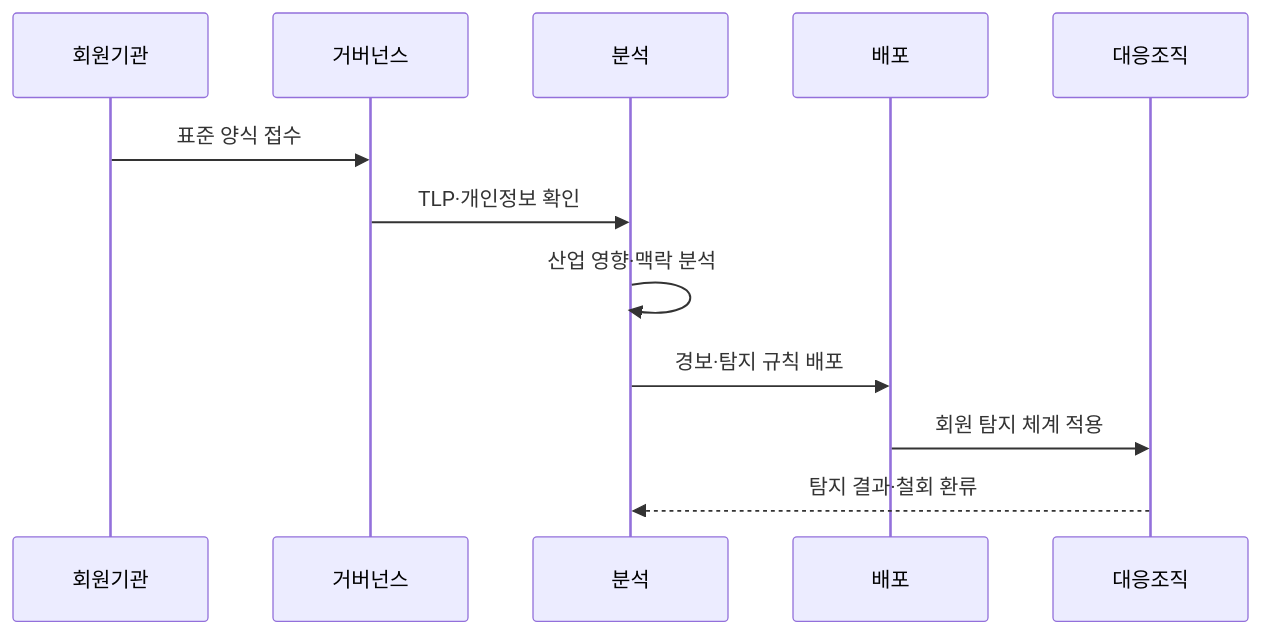
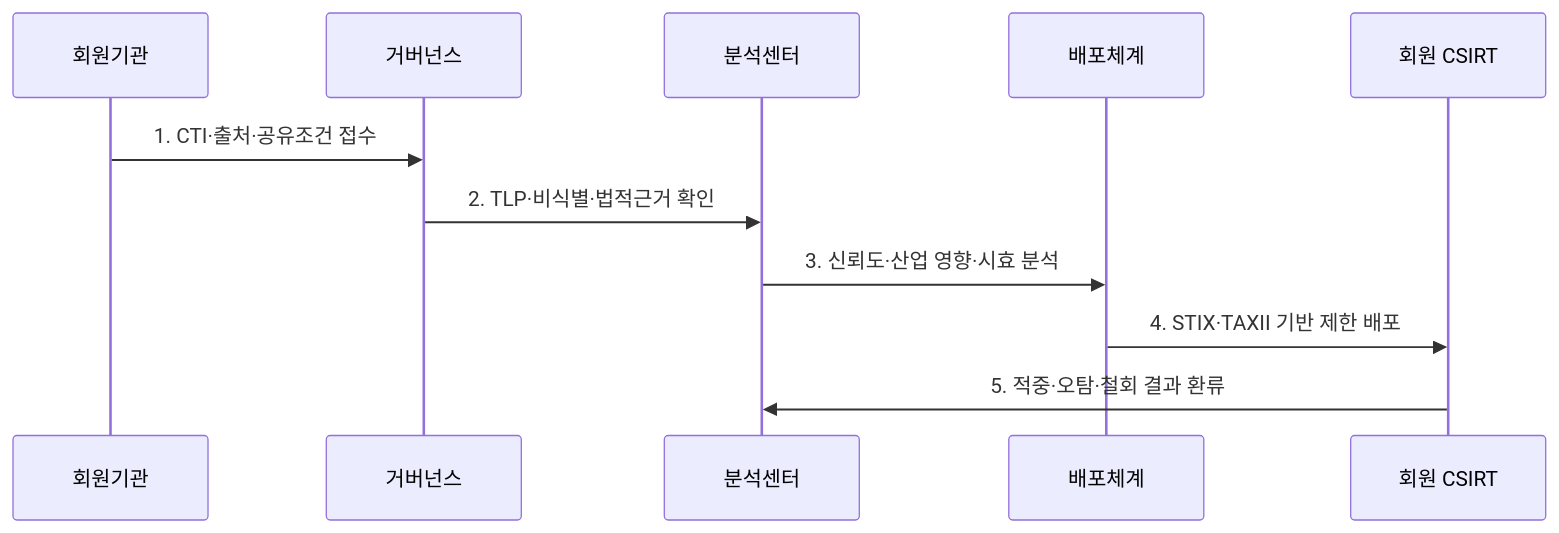
One commit to agnusdei1207/knowledge-base changed the second of 2 diagrams in src/content/docs/notes/05-security/143_isac.md. Above: the diagram before and after it, drawn with Mermaid. The commit also changed other lines of this file and 6 other files, not shown here.

````diff
--- a/src/content/docs/notes/05-security/143_isac.md
+++ b/src/content/docs/notes/05-security/143_isac.md
@@ -92,14 +80,13 @@
 ```mermaid
 sequenceDiagram
-    participant M as 회원기관
-    participant G as 거버넌스
-    participant A as 분석
-    participant D as 배포
-    participant R as 대응조직
-    M->>G: 표준 양식 접수
-    G->>A: TLP·개인정보 확인
-    A->>A: 산업 영향·맥락 분석
-    A->>D: 경보·탐지 규칙 배포
-    D->>R: 회원 탐지 체계 적용
-    R-->>A: 탐지 결과·철회 환류
+  participant M as 회원기관
+  participant G as 거버넌스
+  participant A as 분석센터
+  participant D as 배포체계
+  participant R as 회원 CSIRT
+  M->>G: 1. CTI·출처·공유조건 접수
+  G->>A: 2. TLP·비식별·법적근거 확인
+  A->>D: 3. 신뢰도·산업 영향·시효 분석
+  D->>R: 4. STIX·TAXII 기반 제한 배포
+  R->>A: 5. 적중·오탐·철회 결과 환류
 ```
````
